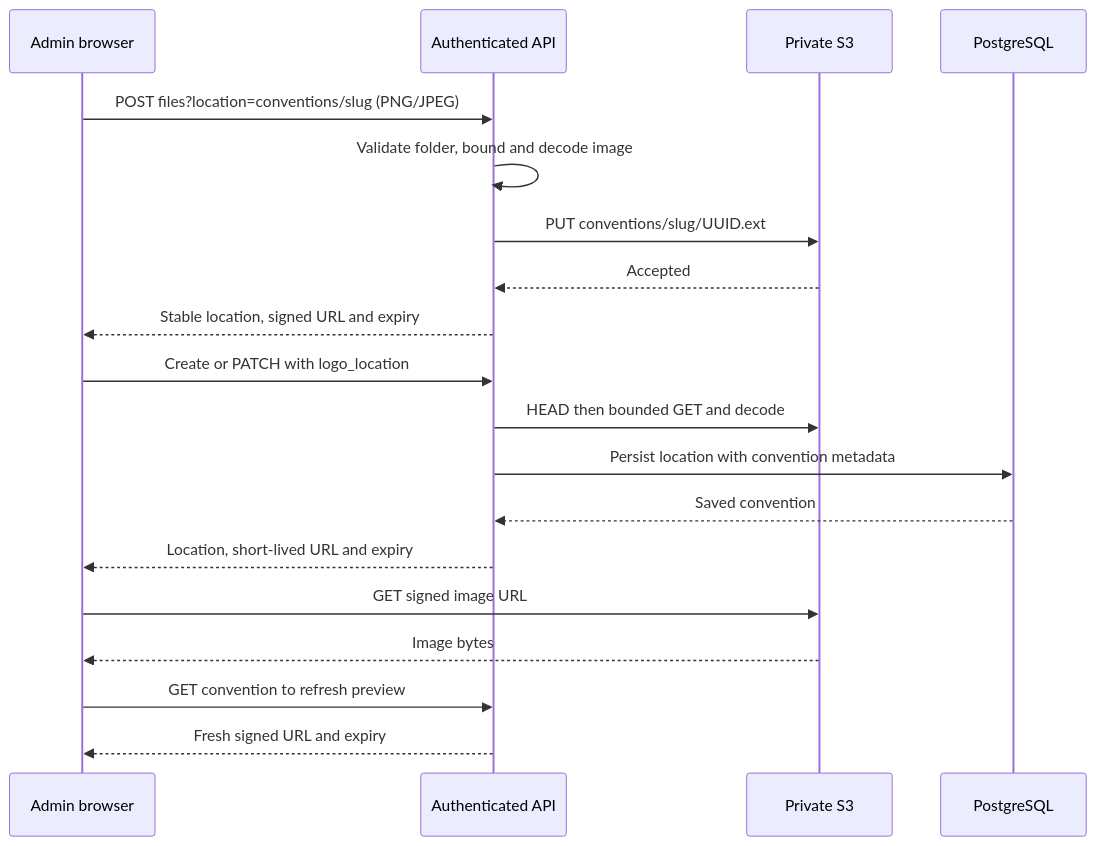
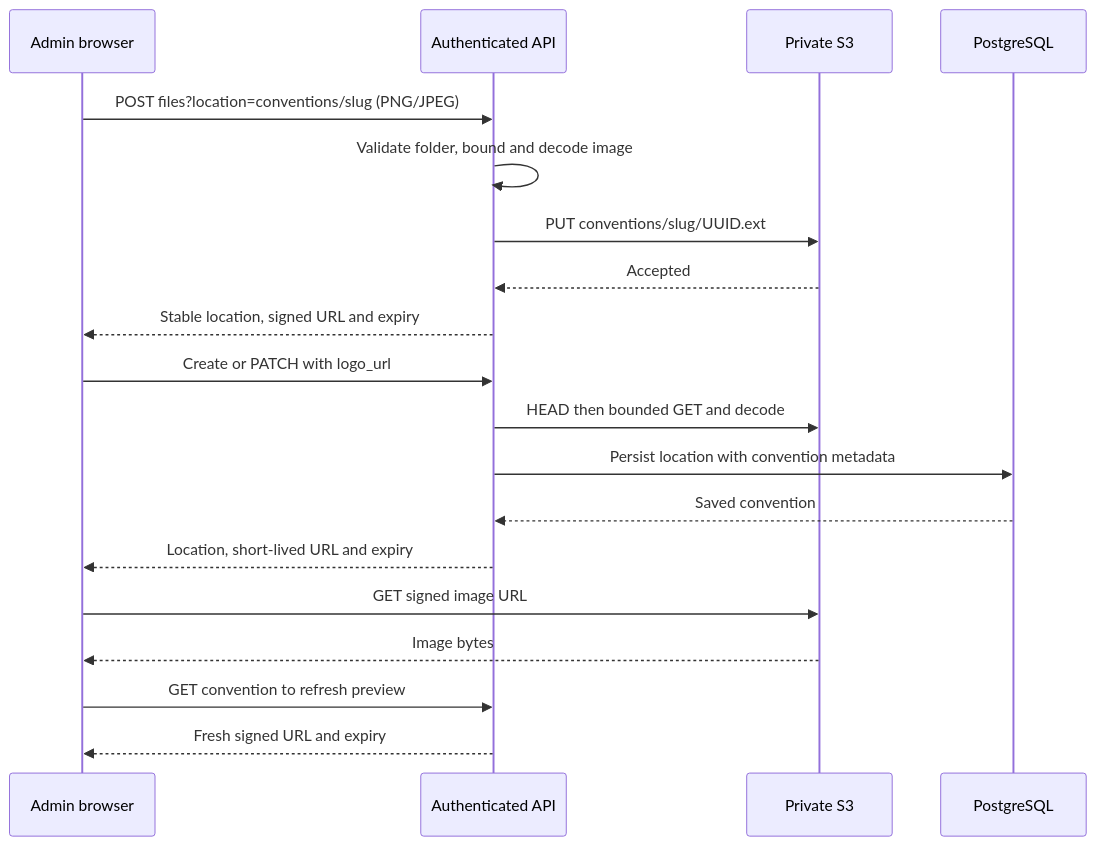
Before and after one commit to enzumeii/monolith: the diagram in docs/conventions.md, drawn with Mermaid. The commit also changed other lines of this file and 36 other files, not shown here.

````diff
--- a/docs/conventions.md
+++ b/docs/conventions.md
@@ -23,21 +23,21 @@
 ```mermaid
 sequenceDiagram
     participant Admin as Admin browser
     participant API as Authenticated API
     participant Storage as Private S3
     participant DB as PostgreSQL
     Admin->>API: POST files?location=conventions/slug (PNG/JPEG)
     API->>API: Validate folder, bound and decode image
     API->>Storage: PUT conventions/slug/UUID.ext
     Storage-->>API: Accepted
     API-->>Admin: Stable location, signed URL and expiry
-    Admin->>API: Create or PATCH with logo_location
+    Admin->>API: Create or PATCH with logo_url
     API->>Storage: HEAD then bounded GET and decode
     API->>DB: Persist location with convention metadata
     DB-->>API: Saved convention
     API-->>Admin: Location, short-lived URL and expiry
     Admin->>Storage: GET signed image URL
     Storage-->>Admin: Image bytes
     Admin->>API: GET convention to refresh preview
     API-->>Admin: Fresh signed URL and expiry
 ```
````
